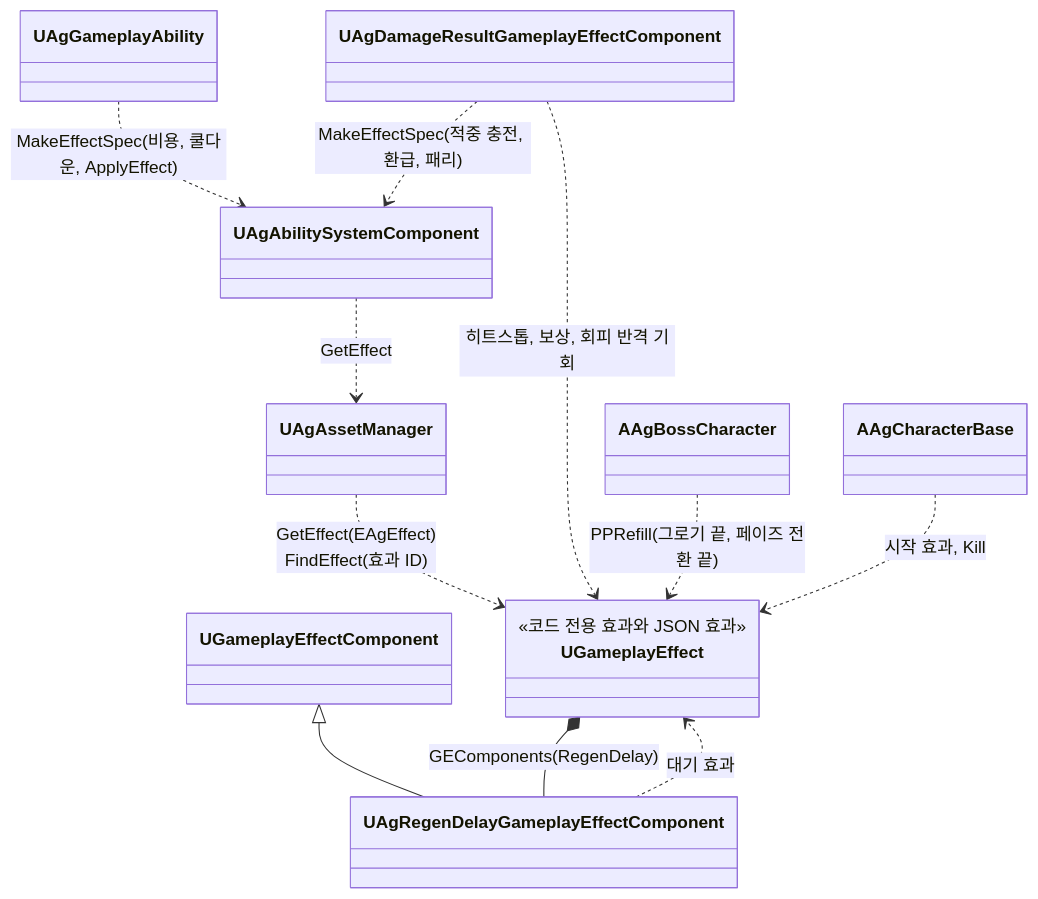
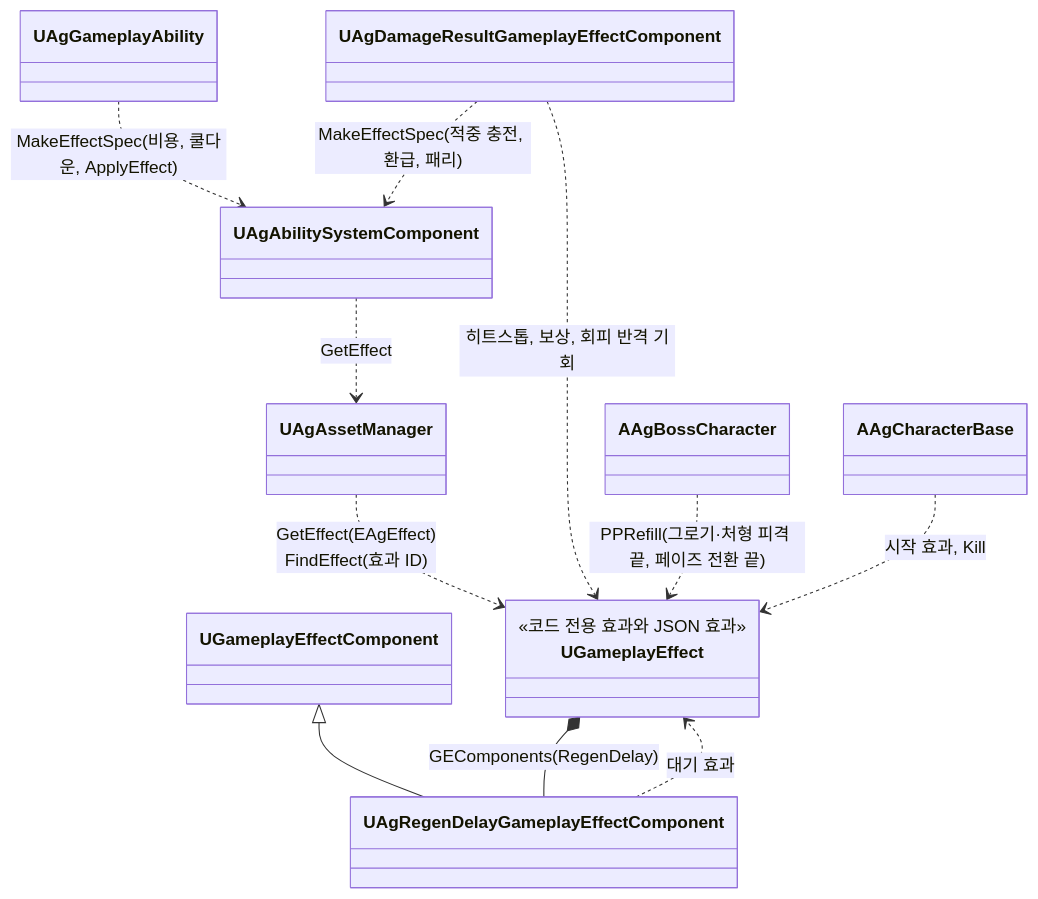
One commit to Woogl/Ag changed the fourth of 4 diagrams in Docs/Program/캐릭터와 GAS.md. Above: the diagram before and after it, drawn with Mermaid. The commit also changed other lines of this file and 20 other files, not shown here.

````diff
--- a/Docs/Program/캐릭터와 GAS.md
+++ b/Docs/Program/캐릭터와 GAS.md
@@ -129,17 +130,17 @@
 ```mermaid
 classDiagram
     direction TB
     class UGameplayEffect {
         <<코드 전용 효과와 JSON 효과>>
     }
     UAgAssetManager ..> UGameplayEffect : GetEffect(EAgEffect)<br>FindEffect(효과 ID)
     UGameplayEffectComponent <|-- UAgRegenDelayGameplayEffectComponent
     UGameplayEffect *-- UAgRegenDelayGameplayEffectComponent : GEComponents(RegenDelay)
     UAgRegenDelayGameplayEffectComponent ..> UGameplayEffect : 대기 효과
     UAgAbilitySystemComponent ..> UAgAssetManager : GetEffect
     UAgGameplayAbility ..> UAgAbilitySystemComponent : MakeEffectSpec(비용, 쿨다운, ApplyEffect)
     UAgDamageResultGameplayEffectComponent ..> UAgAbilitySystemComponent : MakeEffectSpec(적중 충전, 환급, 패리)
     UAgDamageResultGameplayEffectComponent ..> UGameplayEffect : 히트스톱, 보상, 회피 반격 기회
-    AAgBossCharacter ..> UGameplayEffect : PPRefill(그로기 끝, 페이즈 전환 끝)
+    AAgBossCharacter ..> UGameplayEffect : PPRefill(그로기·처형 피격 끝, 페이즈 전환 끝)
     AAgCharacterBase ..> UGameplayEffect : 시작 효과, Kill
 ```
````
